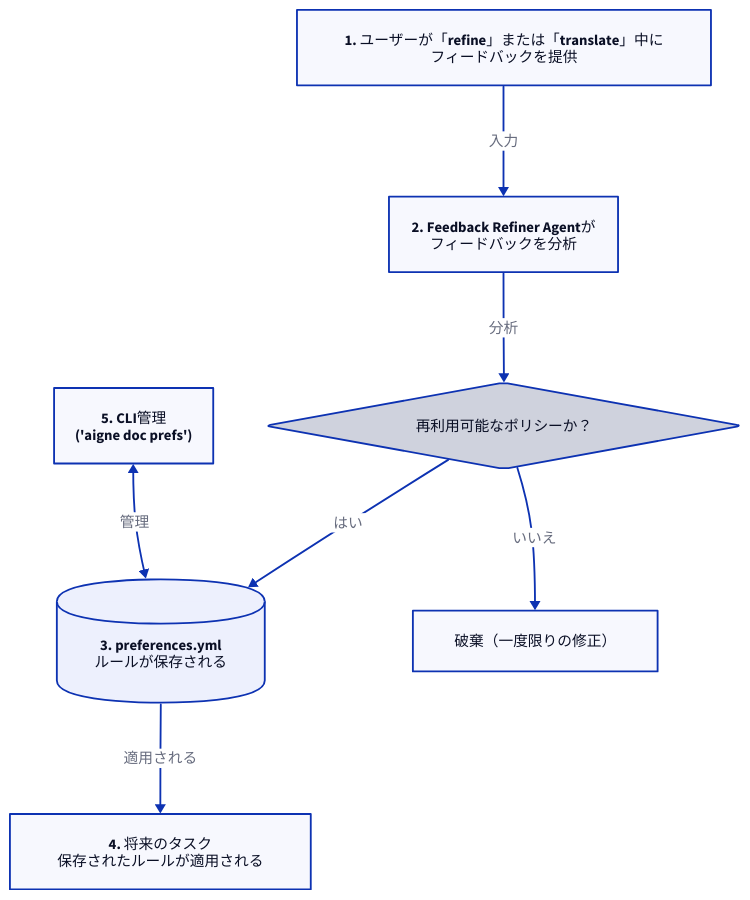
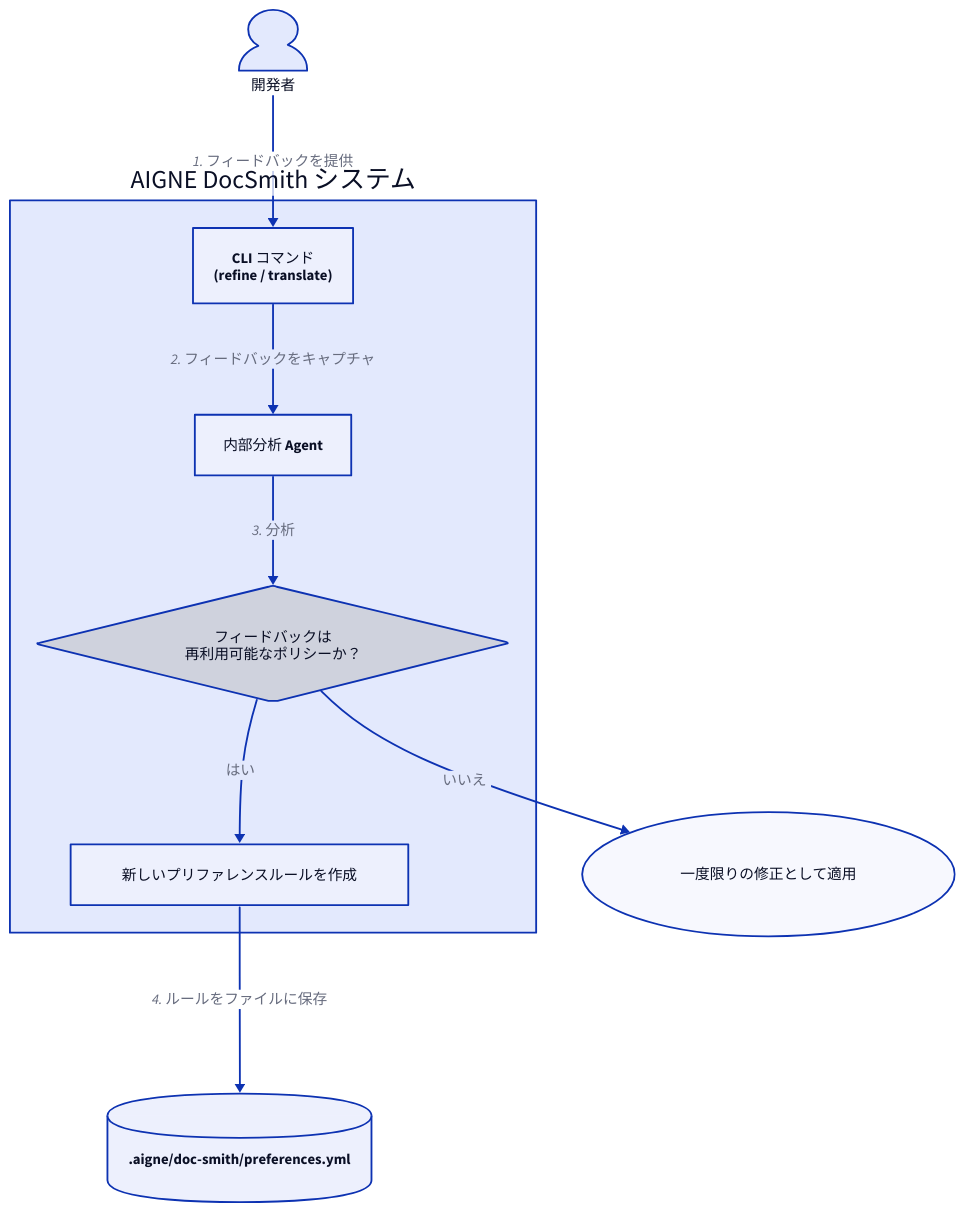
Before and after one commit to AIGNE-io/aigne-doc-smith: the diagram in docs/configuration-preferences.ja.md, drawn with D2. The commit also changed other lines of this file and 84 other files, not shown here.

````diff
--- a/docs/configuration-preferences.ja.md
+++ b/docs/configuration-preferences.ja.md
@@ -9,41 +9,50 @@
 ```d2 プリファレンスのライフサイクル
 direction: down
 
-feedback: {
-  label: "1. ユーザーが「refine」または「translate」中に\nフィードバックを提供"
-  shape: rectangle
+developer: {
+  label: "開発者"
+  shape: person
 }
 
-refiner: {
-  label: "2. Feedback Refiner Agentが\nフィードバックを分析"
+docsmith_system: {
+  label: "AIGNE DocSmith システム"
   shape: rectangle
+
+  cli: {
+    label: "CLI コマンド\n(refine / translate)"
+    shape: rectangle
+  }
+
+  agent: {
+    label: "内部分析 Agent"
+    shape: rectangle
+  }
+
+  decision: {
+    label: "フィードバックは\n再利用可能なポリシーか？"
+    shape: diamond
+  }
+
+  create_rule: {
+    label: "新しいプリファレンスルールを作成"
+    shape: rectangle
+  }
 }
 
-decision: {
-  label: "再利用可能なポリシーか？"
-  shape: diamond
-}
-
-pref_file: {
-  label: "3. preferences.yml\nルールが保存される"
+preferences_file: {
+  label: ".aigne/doc-smith/preferences.yml"
   shape: cylinder
 }
 
-future_tasks: {
-  label: "4. 将来のタスク\n保存されたルールが適用される"
-  shape: rectangle
+one_time_fix: {
+  label: "一度限りの修正として適用"
+  shape: oval
 }
 
-cli: {
-  label: "5. CLI管理\n('aigne doc prefs')"
-  shape: rectangle
-}
-
-feedback -> refiner: "入力"
-refiner -> decision: "分析"
-decision -> pref_file: "はい"
-decision -> "破棄（一度限りの修正）": "いいえ"
-pref_file -> future_tasks: "適用される"
-cli <-> pref_file: "管理"
-
+developer -> docsmith_system.cli: "1. フィードバックを提供"
+docsmith_system.cli -> docsmith_system.agent: "2. フィードバックをキャプチャ"
+docsmith_system.agent -> docsmith_system.decision: "3. 分析"
+docsmith_system.decision -> docsmith_system.create_rule: "はい"
+docsmith_system.create_rule -> preferences_file: "4. ルールをファイルに保存"
+docsmith_system.decision -> one_time_fix: "いいえ"
 ```
````
